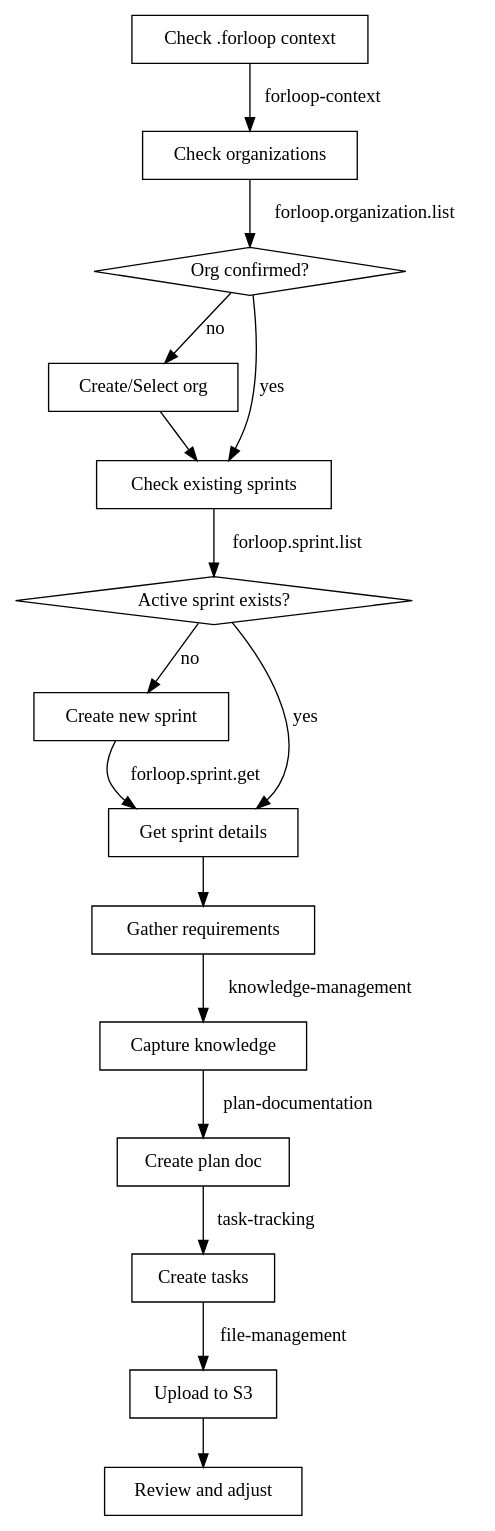
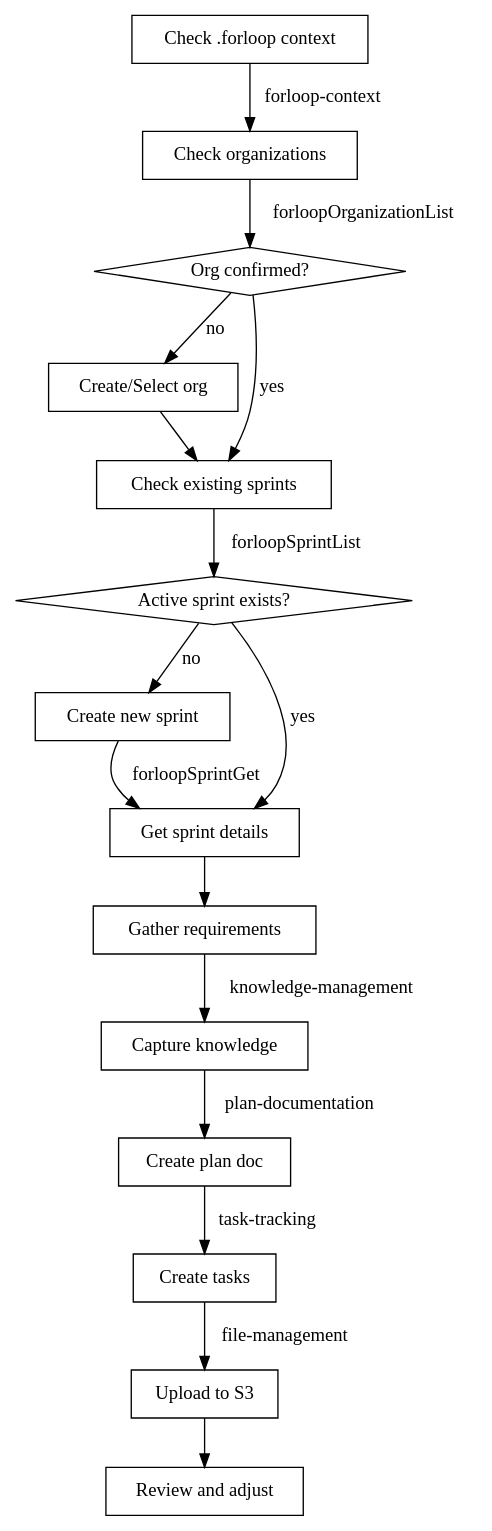
One commit to forloop-cc/forloop-opencode-plugin-planner changed the diagram in skills/sprint-planning/SKILL.md. Above: the diagram before and after it, drawn with Graphviz. The commit also changed other lines of this file and 27 other files, not shown here.

````diff
--- a/skills/sprint-planning/SKILL.md
+++ b/skills/sprint-planning/SKILL.md
@@ -58,34 +58,34 @@
 ```dot
 digraph sprint_planning {
     "Check .forloop context" [shape=box];
     "Check organizations" [shape=box];
     "Org confirmed?" [shape=diamond];
     "Create/Select org" [shape=box];
     "Check existing sprints" [shape=box];
     "Active sprint exists?" [shape=diamond];
     "Create new sprint" [shape=box];
     "Get sprint details" [shape=box];
     "Gather requirements" [shape=box];
     "Capture knowledge" [shape=box];
     "Create plan doc" [shape=box];
     "Create tasks" [shape=box];
     "Upload to S3" [shape=box];
     "Review and adjust" [shape=box];
 
     "Check .forloop context" -> "Check organizations" [label="forloop-context"];
-    "Check organizations" -> "Org confirmed?" [label="forloop.organization.list"];
+    "Check organizations" -> "Org confirmed?" [label="forloopOrganizationList"];
     "Org confirmed?" -> "Check existing sprints" [label="yes"];
     "Org confirmed?" -> "Create/Select org" [label="no"];
     "Create/Select org" -> "Check existing sprints";
-    "Check existing sprints" -> "Active sprint exists?" [label="forloop.sprint.list"];
+    "Check existing sprints" -> "Active sprint exists?" [label="forloopSprintList"];
     "Active sprint exists?" -> "Get sprint details" [label="yes"];
     "Active sprint exists?" -> "Create new sprint" [label="no"];
-    "Create new sprint" -> "Get sprint details" [label="forloop.sprint.get"];
+    "Create new sprint" -> "Get sprint details" [label="forloopSprintGet"];
     "Get sprint details" -> "Gather requirements";
     "Gather requirements" -> "Capture knowledge" [label="knowledge-management"];
     "Capture knowledge" -> "Create plan doc" [label="plan-documentation"];
     "Create plan doc" -> "Create tasks" [label="task-tracking"];
     "Create tasks" -> "Upload to S3" [label="file-management"];
     "Upload to S3" -> "Review and adjust";
 }
 ```
````
